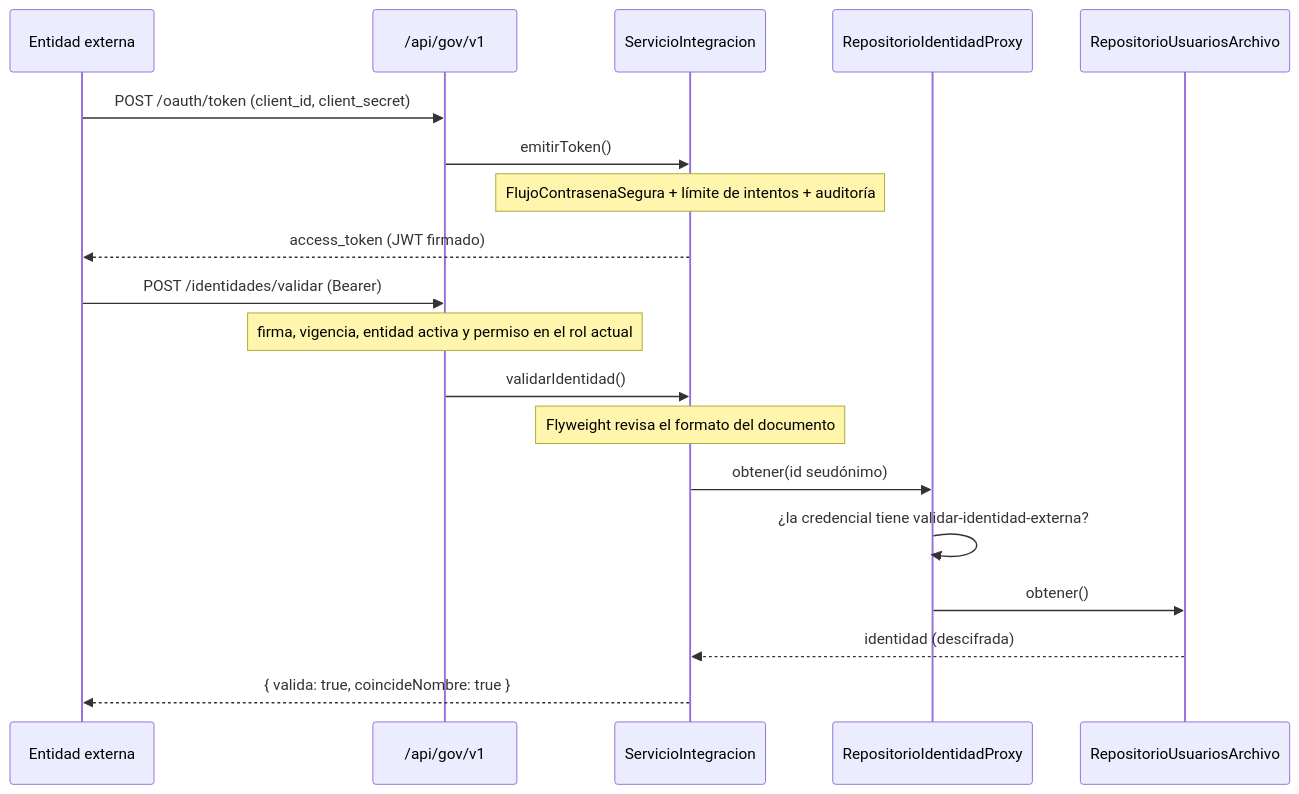
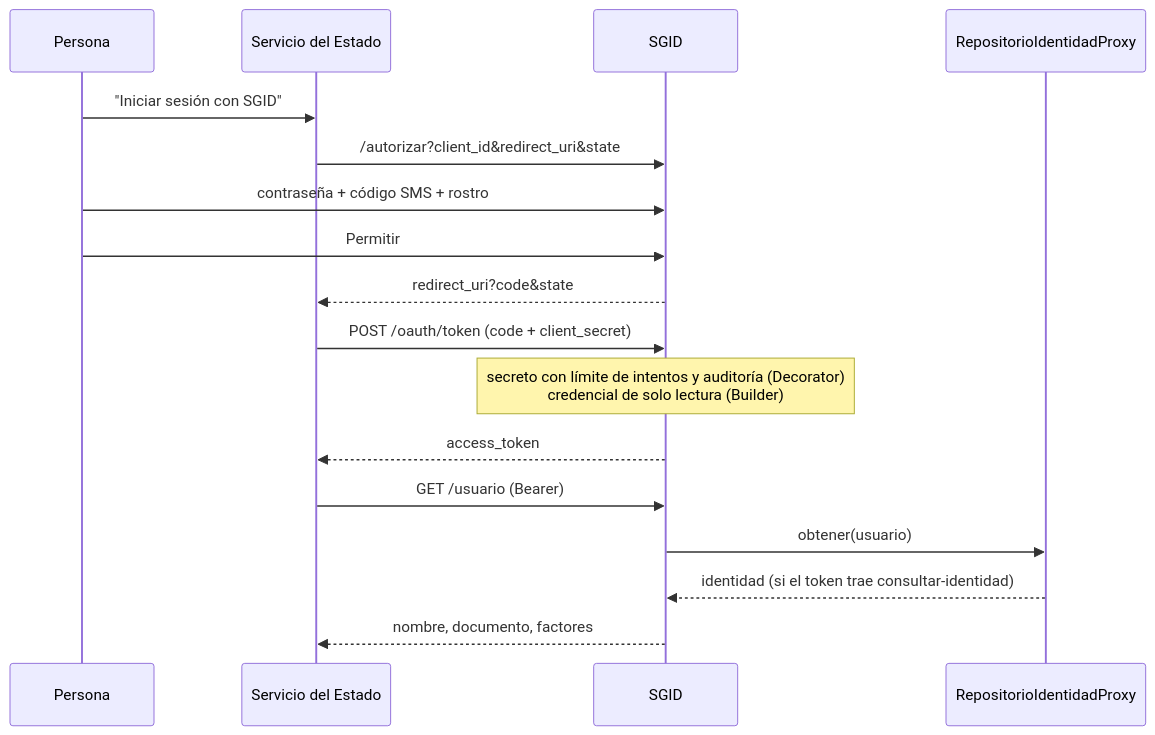
One commit to Jean0405/SistemaGestionDigital changed diagram 15 of 15 in README.md. Above: the diagram before and after it, drawn with Mermaid. The commit also changed other lines of this file and 21 other files, not shown here.

Commit message:
Iniciar sesión con SGID para servicios del Estado e interfaz más simple

````diff
--- a/README.md
+++ b/README.md
@@ -1629,22 +1641,20 @@
 ```mermaid
 sequenceDiagram
-    participant E as Entidad externa
-    participant API as /api/gov/v1
-    participant S as ServicioIntegracion
-    participant P as RepositorioIdentidadProxy
-    participant R as RepositorioUsuariosArchivo
+    participant P as Persona
+    participant S as Servicio del Estado
+    participant SGID as SGID
+    participant Px as RepositorioIdentidadProxy
 
-    E->>API: POST /oauth/token (client_id, client_secret)
-    API->>S: emitirToken()
-    Note over S: FlujoContrasenaSegura + límite de intentos + auditoría
-    S-->>E: access_token (JWT firmado)
-    E->>API: POST /identidades/validar (Bearer)
-    Note over API: firma, vigencia, entidad activa y permiso en el rol actual
-    API->>S: validarIdentidad()
-    Note over S: Flyweight revisa el formato del documento
-    S->>P: obtener(id seudónimo)
-    P->>P: ¿la credencial tiene validar-identidad-externa?
-    P->>R: obtener()
-    R-->>S: identidad (descifrada)
-    S-->>E: { valida: true, coincideNombre: true }
+    P->>S: "Iniciar sesión con SGID"
+    S->>SGID: /autorizar?client_id&redirect_uri&state
+    P->>SGID: contraseña + código SMS + rostro
+    P->>SGID: Permitir
+    SGID-->>S: redirect_uri?code&state
+    S->>SGID: POST /oauth/token (code + client_secret)
+    Note over SGID: secreto con límite de intentos y auditoría (Decorator)<br/>credencial de solo lectura (Builder)
+    SGID-->>S: access_token
+    S->>SGID: GET /usuario (Bearer)
+    SGID->>Px: obtener(usuario)
+    Px-->>SGID: identidad (si el token trae consultar-identidad)
+    SGID-->>S: nombre, documento, factores
 ```
````
